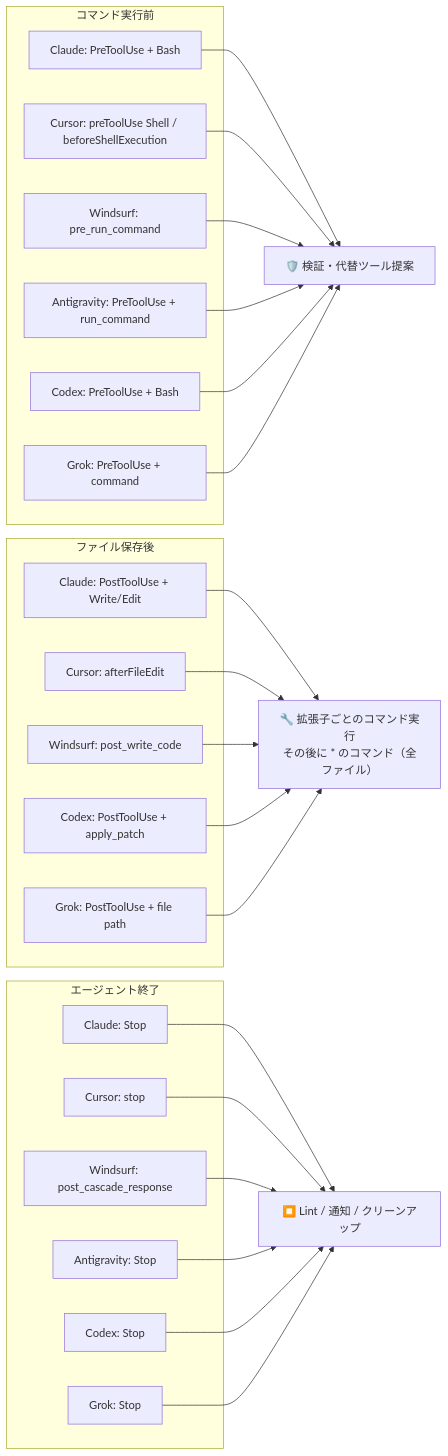
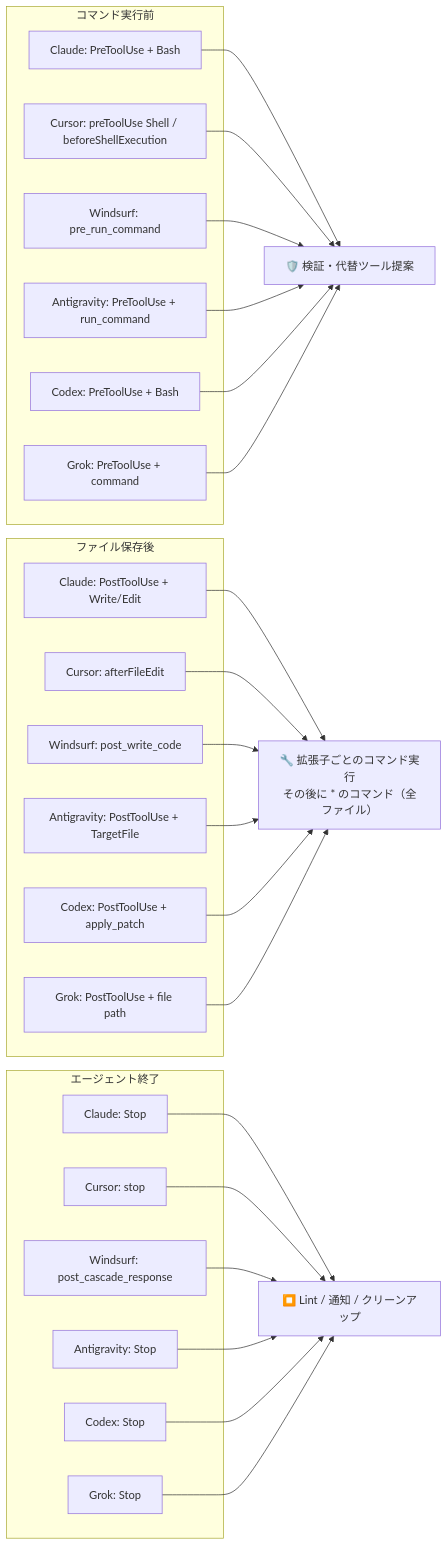
One commit to owayo/claw-hooks changed the diagram in docs/cli-reference.ja.md. Above: the diagram before and after it, drawn with Mermaid. The commit also changed 14 other files, not shown here.

````diff
--- a/docs/cli-reference.ja.md
+++ b/docs/cli-reference.ja.md
@@ -206,48 +206,50 @@
 ```mermaid
 graph LR
     subgraph コマンド実行前
         CC1[Claude: PreToolUse + Bash]
         CU1[Cursor: preToolUse Shell / beforeShellExecution]
         WS1[Windsurf: pre_run_command]
         AG1[Antigravity: PreToolUse + run_command]
         CX1[Codex: PreToolUse + Bash]
         GR1[Grok: PreToolUse + command]
     end
     CH1[🛡️ 検証・代替ツール提案]
     CC1 --> CH1
     CU1 --> CH1
     WS1 --> CH1
     AG1 --> CH1
     CX1 --> CH1
     GR1 --> CH1
 
     subgraph ファイル保存後
         CC2[Claude: PostToolUse + Write/Edit]
         CU2[Cursor: afterFileEdit]
         WS2[Windsurf: post_write_code]
+        AG2[Antigravity: PostToolUse + TargetFile]
         CX2[Codex: PostToolUse + apply_patch]
         GR2[Grok: PostToolUse + file path]
     end
     CH2["🔧 拡張子ごとのコマンド実行<br>その後に * のコマンド（全ファイル）"]
     CC2 --> CH2
     CU2 --> CH2
     WS2 --> CH2
+    AG2 --> CH2
     CX2 --> CH2
     GR2 --> CH2
 
     subgraph エージェント終了
         CC3[Claude: Stop]
         CU3[Cursor: stop]
         WS3[Windsurf: post_cascade_response]
         AG3[Antigravity: Stop]
         CX3[Codex: Stop]
         GR3[Grok: Stop]
     end
     CH3[⏹️ Lint / 通知 / クリーンアップ]
     CC3 --> CH3
     CU3 --> CH3
     WS3 --> CH3
     AG3 --> CH3
     CX3 --> CH3
     GR3 --> CH3
 ```
````
